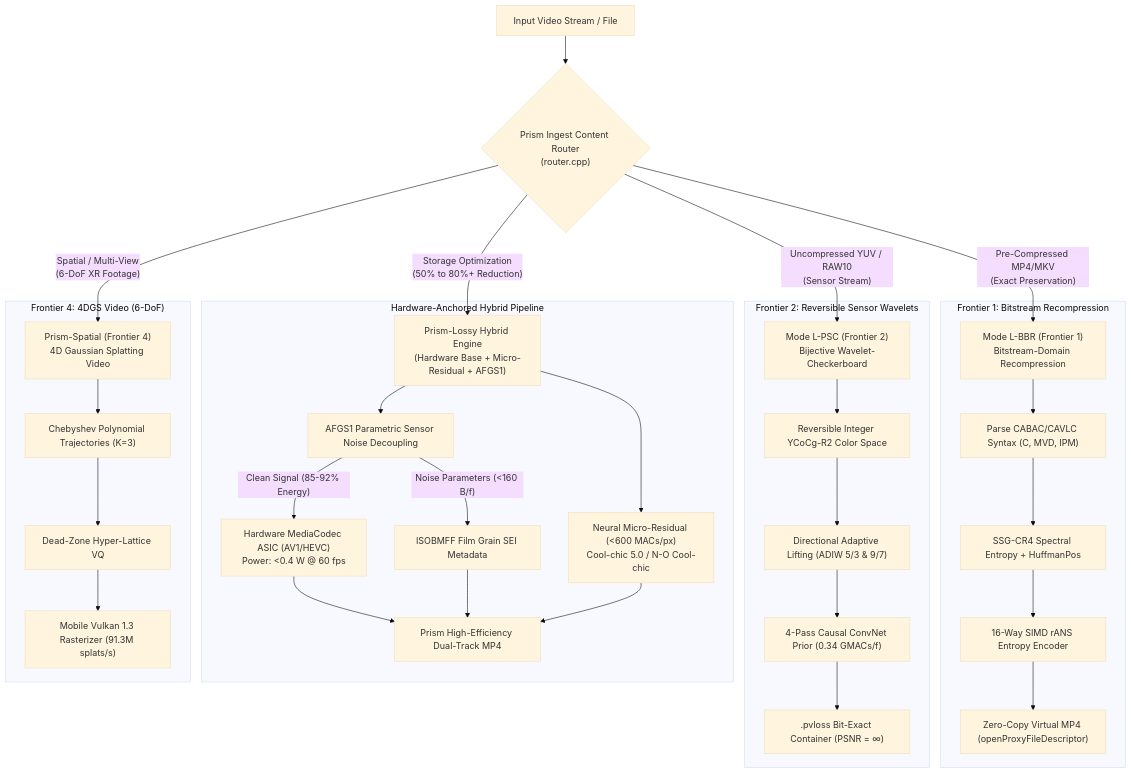
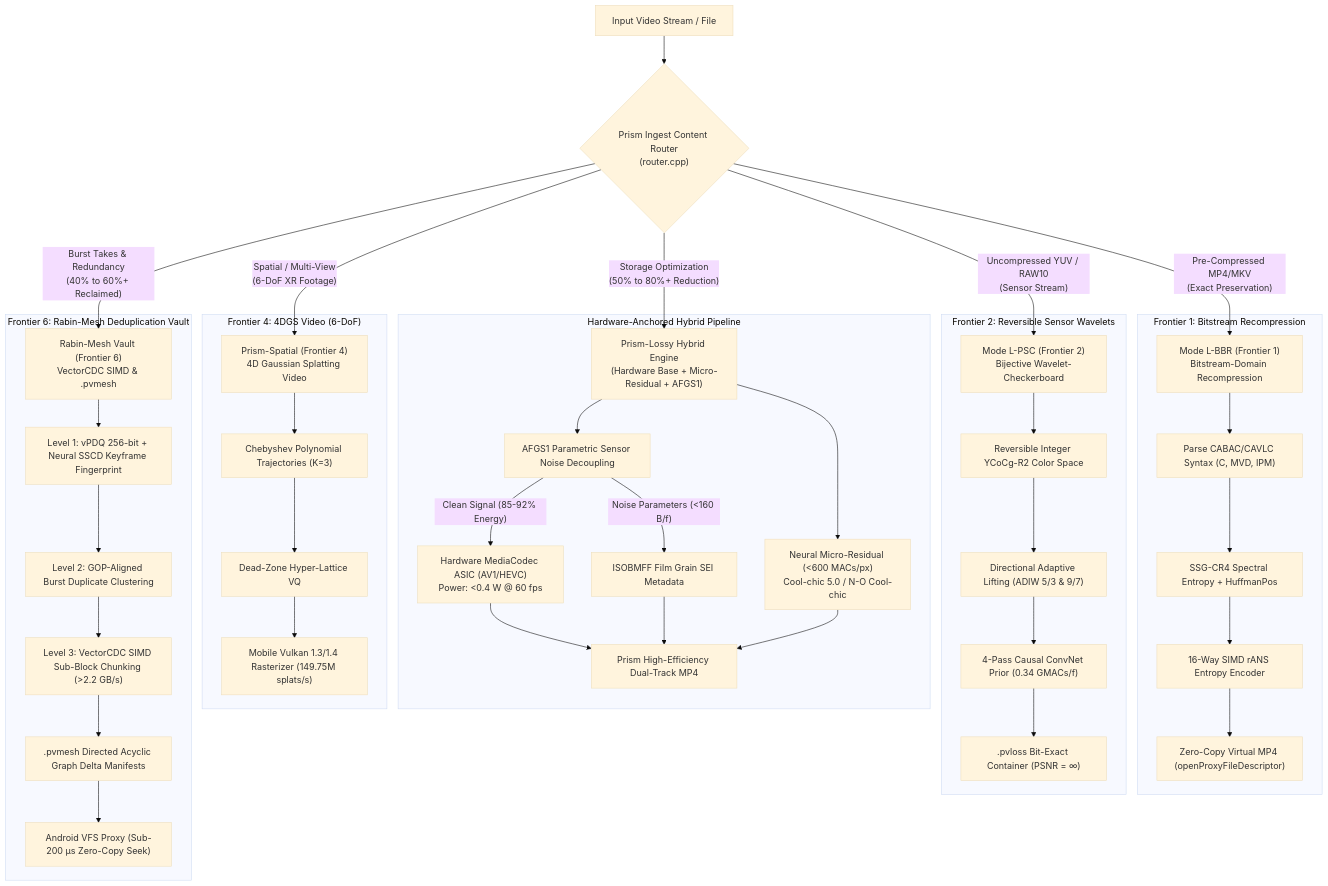
One commit to Destroyer-official/prism-v changed the first of 2 diagrams in README.md. Above: the diagram before and after it, drawn with Mermaid (base theme). The commit also changed other lines of this file and 130 other files, not shown here.

````diff
--- a/README.md
+++ b/README.md
@@ -77,37 +93,46 @@
 ```mermaid
 flowchart TD
     IN["Input Video Stream / File"] --> ROUTER{"Prism Ingest Content Router<br/>(router.cpp)"}
     
     ROUTER -->|"Pre-Compressed MP4/MKV<br/>(Exact Preservation)"| L_BBR["Mode L-BBR (Frontier 1)<br/>Bitstream-Domain Recompression"]
     ROUTER -->|"Uncompressed YUV / RAW10<br/>(Sensor Stream)"| L_PSC["Mode L-PSC (Frontier 2)<br/>Bijective Wavelet-Checkerboard"]
     ROUTER -->|"Storage Optimization<br/>(50% to 80%+ Reduction)"| HYBRID["Prism-Lossy Hybrid Engine<br/>(Hardware Base + Micro-Residual + AFGS1)"]
     ROUTER -->|"Spatial / Multi-View<br/>(6-DoF XR Footage)"| SPATIAL["Prism-Spatial (Frontier 4)<br/>4D Gaussian Splatting Video"]
+    ROUTER -->|"Burst Takes & Redundancy<br/>(40% to 60%+ Reclaimed)"| MESH["Rabin-Mesh Vault (Frontier 6)<br/>VectorCDC SIMD & .pvmesh"]
 
     subgraph L_BBR_BOX["Frontier 1: Bitstream Recompression"]
         L_BBR --> BBR_SYNTAX["Parse CABAC/CAVLC Syntax (C, MVD, IPM)"]
         BBR_SYNTAX --> BBR_MODEL["SSG-CR4 Spectral Entropy + HuffmanPos"]
         BBR_MODEL --> BBR_RANS["16-Way SIMD rANS Entropy Encoder"]
         BBR_RANS --> VFS_EXP["Zero-Copy Virtual MP4 (openProxyFileDescriptor)"]
     end
 
     subgraph L_PSC_BOX["Frontier 2: Reversible Sensor Wavelets"]
         L_PSC --> PSC_YCOCG["Reversible Integer YCoCg-R2 Color Space"]
         PSC_YCOCG --> PSC_WAVELET["Directional Adaptive Lifting (ADIW 5/3 & 9/7)"]
         PSC_WAVELET --> PSC_CONV["4-Pass Causal ConvNet Prior (0.34 GMACs/f)"]
         PSC_CONV --> PSC_OUT[".pvloss Bit-Exact Container (PSNR = ∞)"]
     end
 
     subgraph HYBRID_BOX["Hardware-Anchored Hybrid Pipeline"]
         HYBRID --> AFGS1_SEP["AFGS1 Parametric Sensor Noise Decoupling"]
         AFGS1_SEP -->|"Clean Signal (85-92% Energy)"| HW_ENC["Hardware MediaCodec ASIC (AV1/HEVC)<br/>Power: <0.4 W @ 60 fps"]
         AFGS1_SEP -->|"Noise Parameters (<160 B/f)"| SEI_META["ISOBMFF Film Grain SEI Metadata"]
         HYBRID --> RESID["Neural Micro-Residual (<600 MACs/px)<br/>Cool-chic 5.0 / N-O Cool-chic"]
         HW_ENC & SEI_META & RESID --> COMP_MP4["Prism High-Efficiency Dual-Track MP4"]
     end
 
     subgraph SPATIAL_BOX["Frontier 4: 4DGS Video (6-DoF)"]
         SPATIAL --> CHEB["Chebyshev Polynomial Trajectories (K=3)"]
         CHEB --> HLVQ["Dead-Zone Hyper-Lattice VQ"]
-        HLVQ --> VULKAN["Mobile Vulkan 1.3 Rasterizer (91.3M splats/s)"]
+        HLVQ --> VULKAN["Mobile Vulkan 1.3/1.4 Rasterizer (149.75M splats/s)"]
+    end
+
+    subgraph MESH_BOX["Frontier 6: Rabin-Mesh Deduplication Vault"]
+        MESH --> MESH_L1["Level 1: vPDQ 256-bit + Neural SSCD Keyframe Fingerprint"]
+        MESH_L1 --> MESH_L2["Level 2: GOP-Aligned Burst Duplicate Clustering"]
+        MESH_L2 --> MESH_L3["Level 3: VectorCDC SIMD Sub-Block Chunking (>2.2 GB/s)"]
+        MESH_L3 --> MESH_DAG[".pvmesh Directed Acyclic Graph Delta Manifests"]
+        MESH_DAG --> MESH_VFS["Android VFS Proxy (Sub-200 µs Zero-Copy Seek)"]
     end
 ```
````
